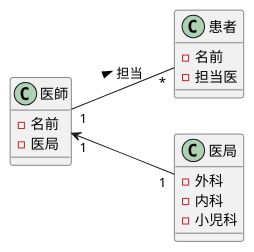
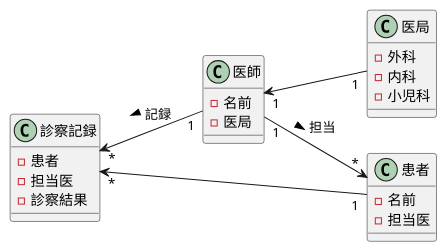
One commit to omorirenka/uml-introduction changed the diagram in 演習3-2_CL_医師と患者と医局と診療記録.pu. Above: the diagram before and after it, drawn with PlantUML.

Commit message:
演習3-2修正

```diff
--- a/演習3-2_CL_医師と患者と医局と診療記録.pu
+++ b/演習3-2_CL_医師と患者と医局と診療記録.pu
@@ -1,19 +1,25 @@
 @startuml
 left to right direction
 class 医師{
 - 名前
 - 医局
 }
 class 患者{
 - 名前
 - 担当医
 }
 class 医局{
 - 外科
 - 内科
 - 小児科
 }
-医師 "1"--"*" 患者:担当 >
+class 診察記録{
+- 患者
+- 担当医
+- 診察結果
+}
+医師 "1"-->"*" 患者:担当 >
 医師 "1"<--"1" 医局
-
+診察記録 "*" <--"1" 患者
+診察記録 "*" <--"1" 医師:記録 <
 @enduml
```
